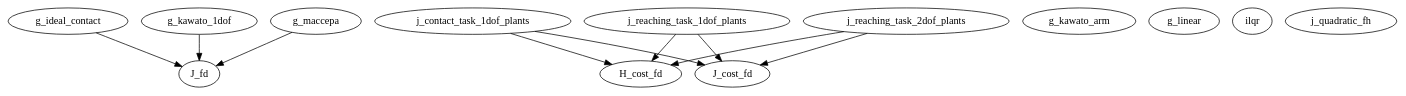
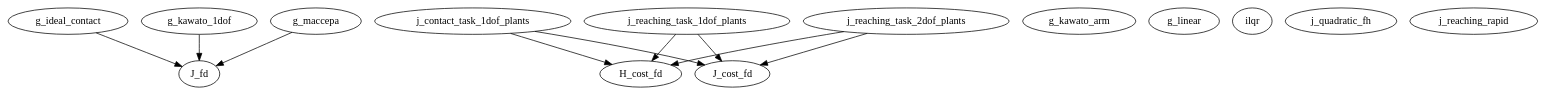
One commit to FrankieWOO/oct changed the diagram in doc/m2html/ilqg/graph.dot. Above: the diagram before and after it, drawn with Graphviz. The commit also changed 167 other files, not shown here.

```diff
--- a/doc/m2html/ilqg/graph.dot
+++ b/doc/m2html/ilqg/graph.dot
@@ -1,26 +1,27 @@
 /* Created by mdot for Matlab */
 digraph m2html {
   g_ideal_contact -> J_fd;
   g_kawato_1dof -> J_fd;
   g_maccepa -> J_fd;
   j_contact_task_1dof_plants -> H_cost_fd;
   j_contact_task_1dof_plants -> J_cost_fd;
   j_reaching_task_1dof_plants -> H_cost_fd;
   j_reaching_task_1dof_plants -> J_cost_fd;
   j_reaching_task_2dof_plants -> H_cost_fd;
   j_reaching_task_2dof_plants -> J_cost_fd;
 
   H_cost_fd [URL="H_cost_fd.html"];
   J_cost_fd [URL="J_cost_fd.html"];
   J_fd [URL="J_fd.html"];
   g_ideal_contact [URL="g_ideal_contact.html"];
   g_kawato_1dof [URL="g_kawato_1dof.html"];
   g_kawato_arm [URL="g_kawato_arm.html"];
   g_linear [URL="g_linear.html"];
   g_maccepa [URL="g_maccepa.html"];
   ilqr [URL="ilqr.html"];
   j_contact_task_1dof_plants [URL="j_contact_task_1dof_plants.html"];
   j_quadratic_fh [URL="j_quadratic_fh.html"];
+  j_reaching_rapid [URL="j_reaching_rapid.html"];
   j_reaching_task_1dof_plants [URL="j_reaching_task_1dof_plants.html"];
   j_reaching_task_2dof_plants [URL="j_reaching_task_2dof_plants.html"];
 }
```
